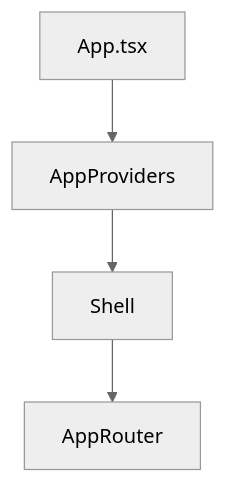
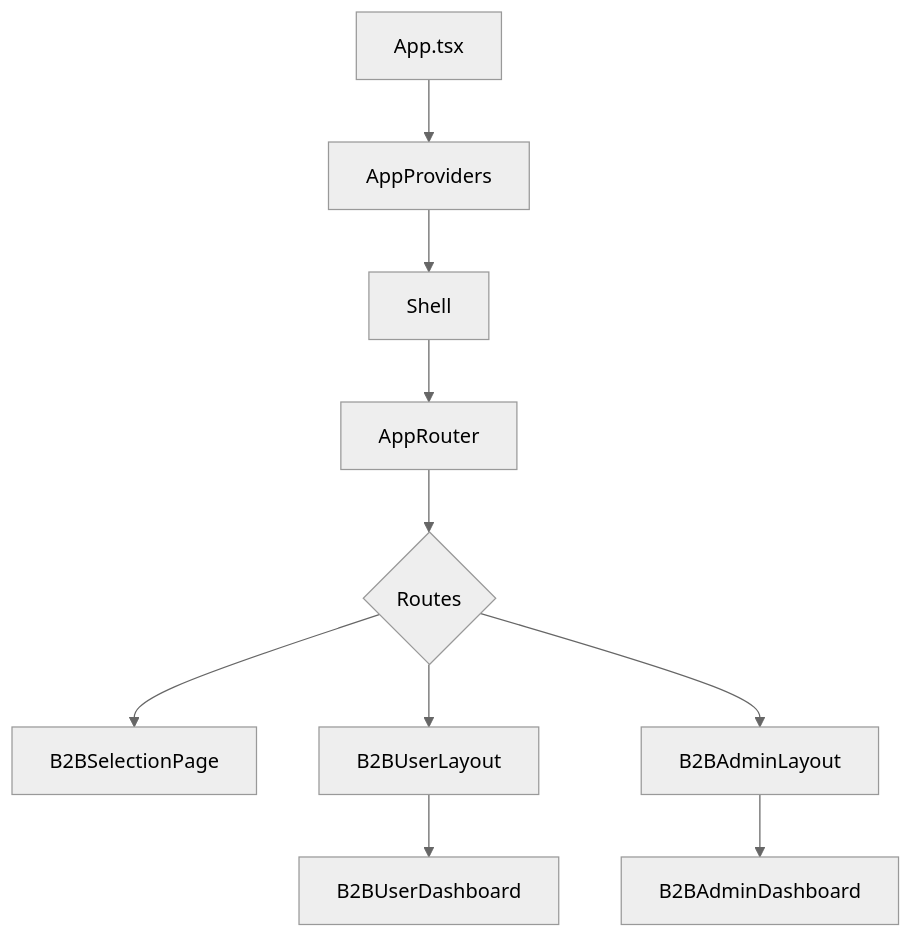
One commit to laeticiamng/emotionscare changed the diagram in docs/shell-navigation-premium-audit.md. Above: the diagram before and after it, drawn with Mermaid (neutral theme). The commit also changed other lines of this file and 15 other files, not shown here.

````diff
--- a/docs/shell-navigation-premium-audit.md
+++ b/docs/shell-navigation-premium-audit.md
@@ -7,6 +8,12 @@
 ```mermaid
 flowchart TD
     A[App.tsx] --> B[AppProviders]
     B --> C[Shell]
     C --> D[AppRouter]
+    D --> E{Routes}
+    E --> F[B2BSelectionPage]
+    E --> G[B2BUserLayout]
+    E --> H[B2BAdminLayout]
+    G --> I[B2BUserDashboard]
+    H --> J[B2BAdminDashboard]
 ```
````
